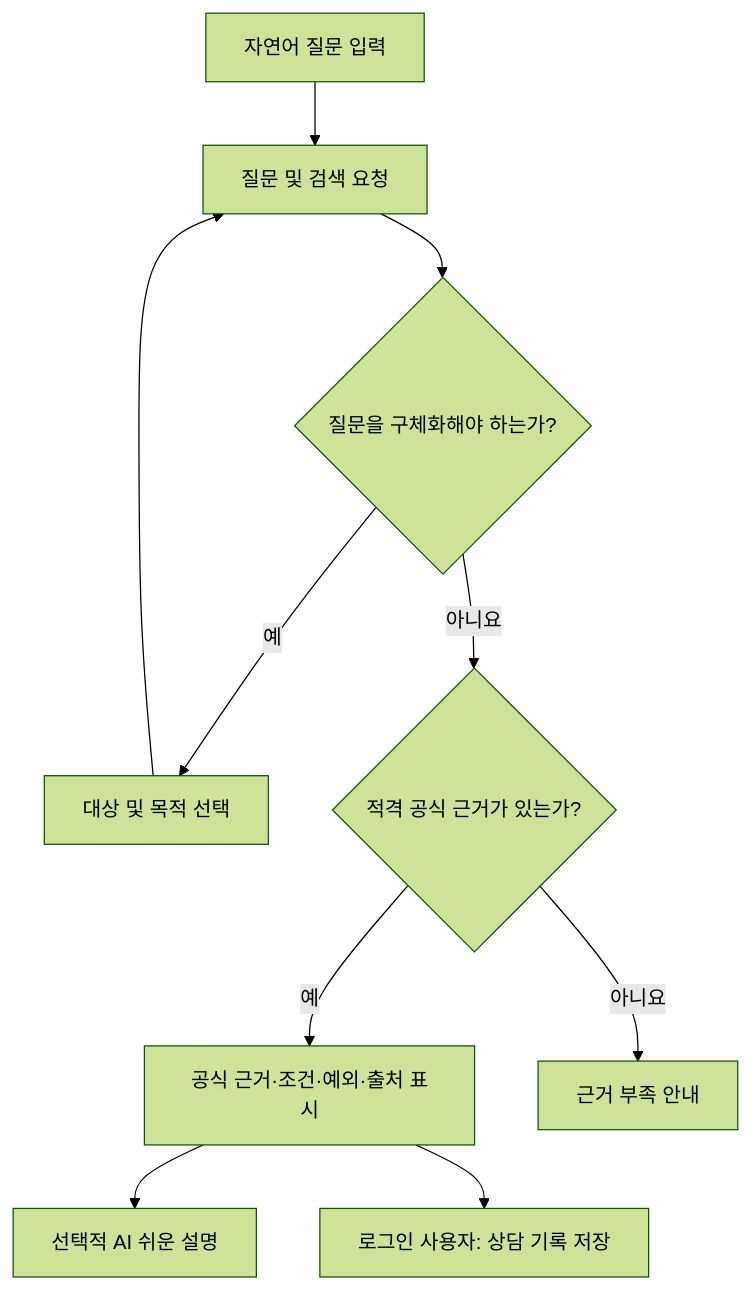
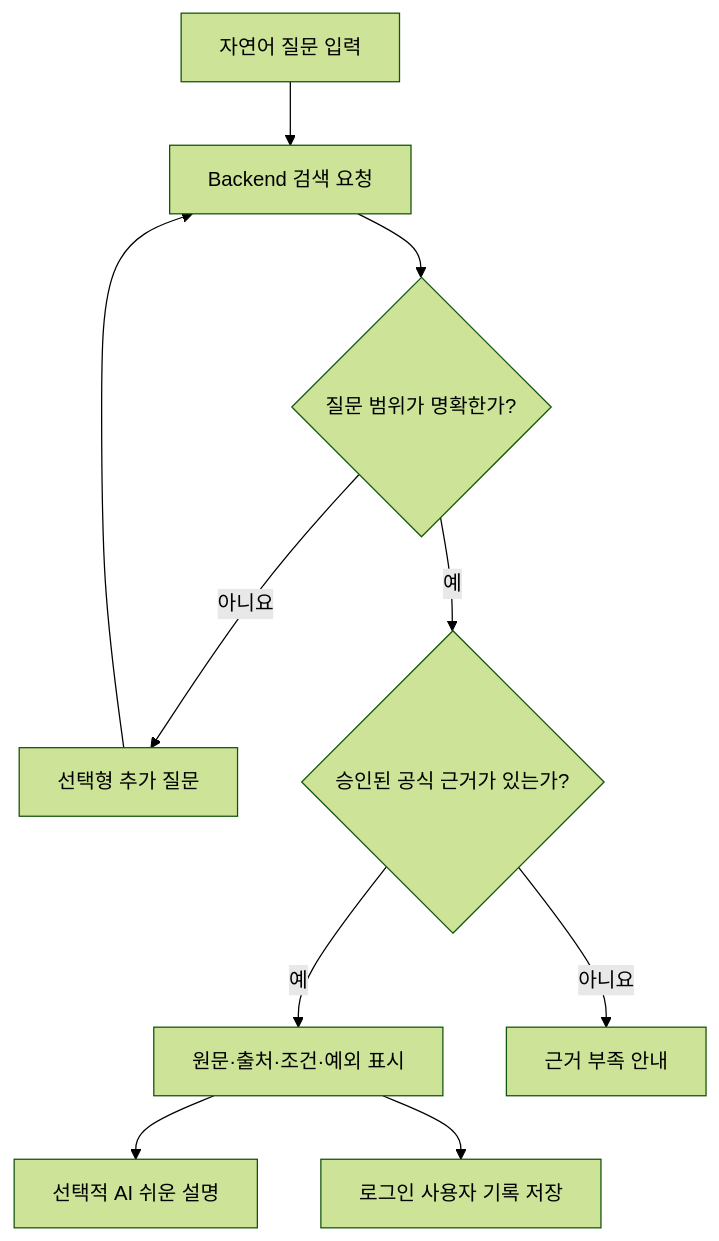
Before and after one commit to Economy0326/financial-helper-frontend: the diagram in README.md, drawn with Mermaid (forest theme). The commit also changed other lines of this file, not shown here.

````diff
--- a/README.md
+++ b/README.md
@@ -51,12 +53,12 @@
 ```mermaid
 flowchart TD
-    A["자연어 질문 입력"] --> B["질문 및 검색 요청"]
-    B --> C{"질문을 구체화해야 하는가?"}
-    C -->|예| D["대상 및 목적 선택"]
+    A["자연어 질문 입력"] --> B["Backend 검색 요청"]
+    B --> C{"질문 범위가 명확한가?"}
+    C -->|아니요| D["선택형 추가 질문"]
     D --> B
-    C -->|아니요| E{"적격 공식 근거가 있는가?"}
-    E -->|예| F["공식 근거·조건·예외·출처 표시"]
+    C -->|예| E{"승인된 공식 근거가 있는가?"}
+    E -->|예| F["원문·출처·조건·예외 표시"]
     E -->|아니요| G["근거 부족 안내"]
     F --> H["선택적 AI 쉬운 설명"]
-    F --> I["로그인 사용자: 상담 기록 저장"]
+    F --> I["로그인 사용자 기록 저장"]
 ```
````
